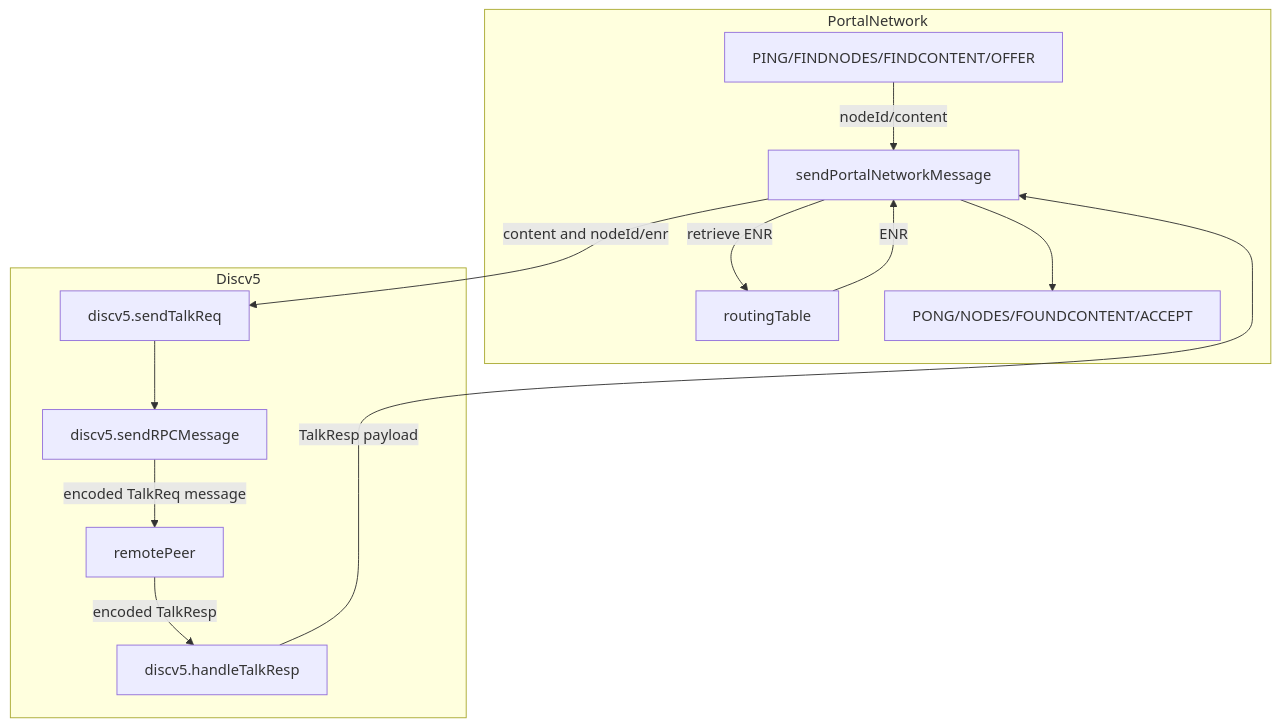
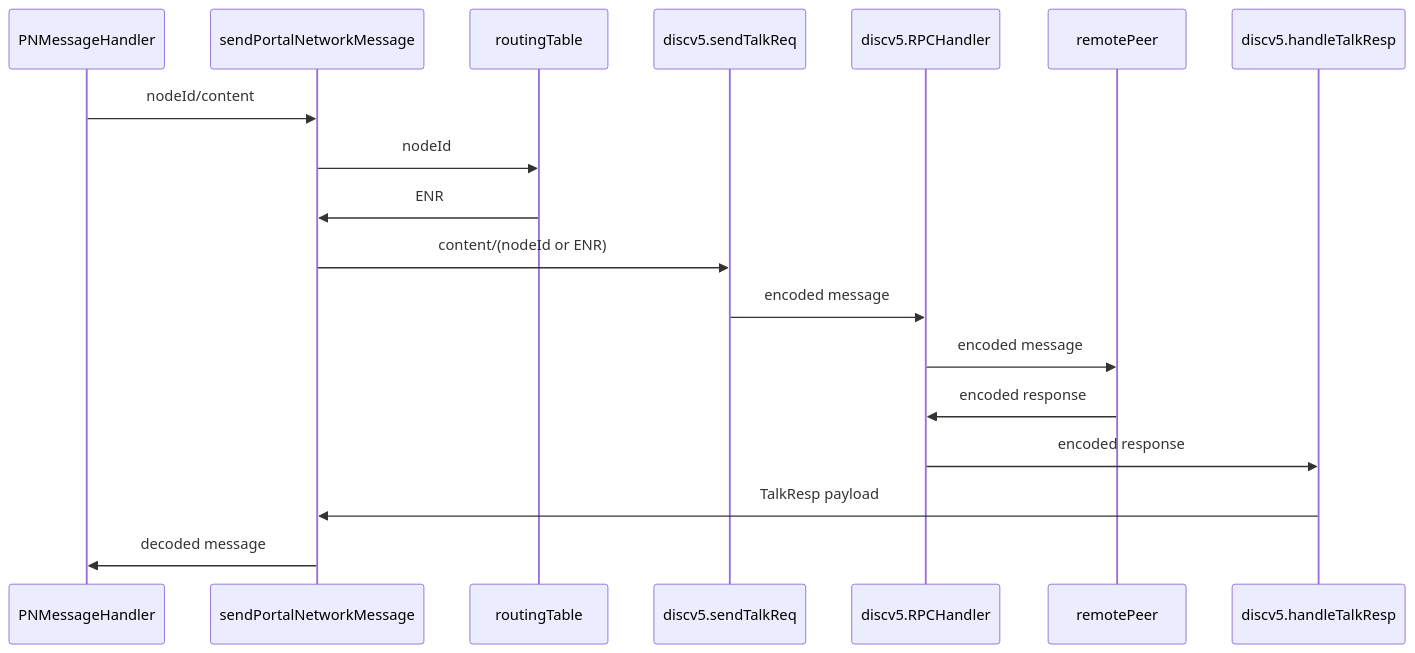
Before and after one commit to ethereumjs/ultralight: the fourth of 4 diagrams in packages/portalnetwork/ARCHITECTURE.md, drawn with Mermaid.

Commit message:
Rework message lifecycle as sequence diagram

````diff
--- a/packages/portalnetwork/ARCHITECTURE.md
+++ b/packages/portalnetwork/ARCHITECTURE.md
@@ -45,17 +45,14 @@
 ```mermaid
-    graph TD
-        subgraph PortalNetwork
-        PING/FINDNODES/FINDCONTENT/OFFER--nodeId/content --> sendPortalNetworkMessage
-        sendPortalNetworkMessage--retrieve ENR --> routingTable
-        routingTable--ENR --> sendPortalNetworkMessage
-        sendPortalNetworkMessage --> PONG/NODES/FOUNDCONTENT/ACCEPT
-        end
-        subgraph Discv5
-                sendPortalNetworkMessage--content and nodeId/enr --> discv5.sendTalkReq
-        discv5.sendTalkReq --> discv5.sendRPCMessage
-        discv5.sendRPCMessage--encoded TalkReq message --> remotePeer
-        remotePeer--encoded TalkResp --> discv5.handleTalkResp
-        discv5.handleTalkResp--TalkResp payload--> sendPortalNetworkMessage
-        end
+    sequenceDiagram
+        PNMessageHandler->>sendPortalNetworkMessage: nodeId/content
+        sendPortalNetworkMessage->>routingTable: nodeId
+        routingTable->>sendPortalNetworkMessage: ENR
+        sendPortalNetworkMessage->>discv5.sendTalkReq: content/(nodeId or ENR)
+        discv5.sendTalkReq->>discv5.RPCHandler: encoded message
+        discv5.RPCHandler->>remotePeer: encoded message
+        remotePeer->>discv5.RPCHandler: encoded response
+        discv5.RPCHandler->>discv5.handleTalkResp: encoded response
+        discv5.handleTalkResp->>sendPortalNetworkMessage: TalkResp payload
+        sendPortalNetworkMessage->>PNMessageHandler: decoded message
         
 ```
````
